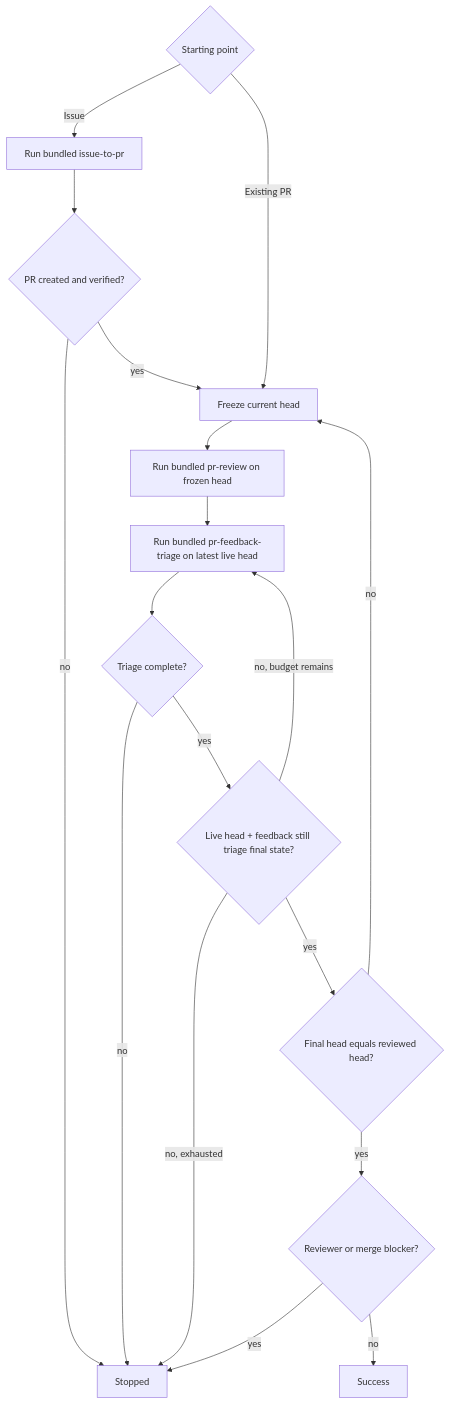
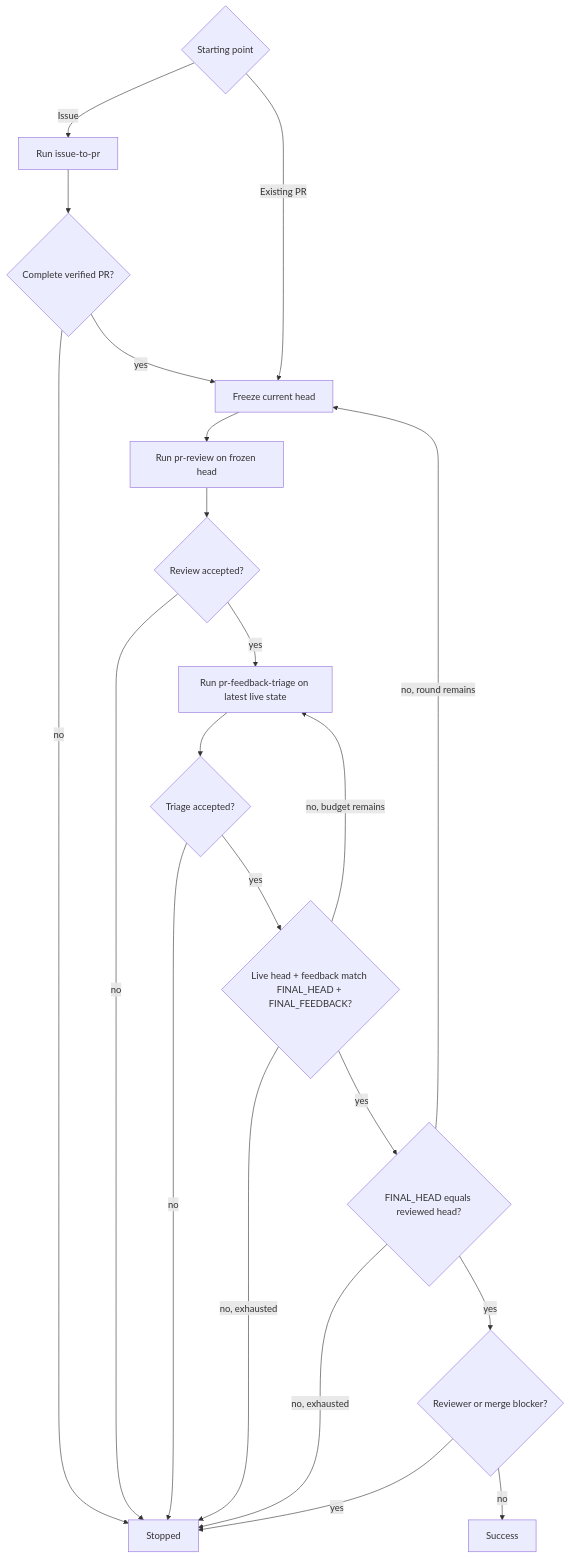
One commit to dceoy/pr-loop changed the diagram in skills/pr-loop/SKILL.md. Above: the diagram before and after it, drawn with Mermaid. The commit also changed other lines of this file, not shown here.

````diff
--- a/skills/pr-loop/SKILL.md
+++ b/skills/pr-loop/SKILL.md
@@ -79,20 +48,23 @@
 ```mermaid
 flowchart TD
-  S{Starting point} -->|Issue| I[Run bundled issue-to-pr]
-  S -->|Existing PR| A
-  I --> J{PR created and verified?}
-  J -->|no| K[Stopped]
-  J -->|yes| A[Freeze current head]
-  A --> B[Run bundled pr-review on frozen head]
-  B --> C[Run bundled pr-feedback-triage on latest live head]
-  C --> D{Triage complete?}
-  D -->|no| K
-  D -->|yes| E{Live head + feedback still triage final state?}
-  E -->|no, budget remains| C
-  E -->|no, exhausted| K
-  E -->|yes| F{Final head equals reviewed head?}
-  F -->|no| A
-  F -->|yes| G{Reviewer or merge blocker?}
-  G -->|yes| K
-  G -->|no| L[Success]
+  S{Starting point} -->|Issue| I[Run issue-to-pr]
+  S -->|Existing PR| A[Freeze current head]
+  I --> J{Complete verified PR?}
+  J -->|no| X[Stopped]
+  J -->|yes| A
+  A --> B[Run pr-review on frozen head]
+  B --> C{Review accepted?}
+  C -->|no| X
+  C -->|yes| D[Run pr-feedback-triage on latest live state]
+  D --> E{Triage accepted?}
+  E -->|no| X
+  E -->|yes| F{Live head + feedback match FINAL_HEAD + FINAL_FEEDBACK?}
+  F -->|no, budget remains| D
+  F -->|no, exhausted| X
+  F -->|yes| G{FINAL_HEAD equals reviewed head?}
+  G -->|no, round remains| A
+  G -->|no, exhausted| X
+  G -->|yes| H{Reviewer or merge blocker?}
+  H -->|yes| X
+  H -->|no| Y[Success]
 ```
````
